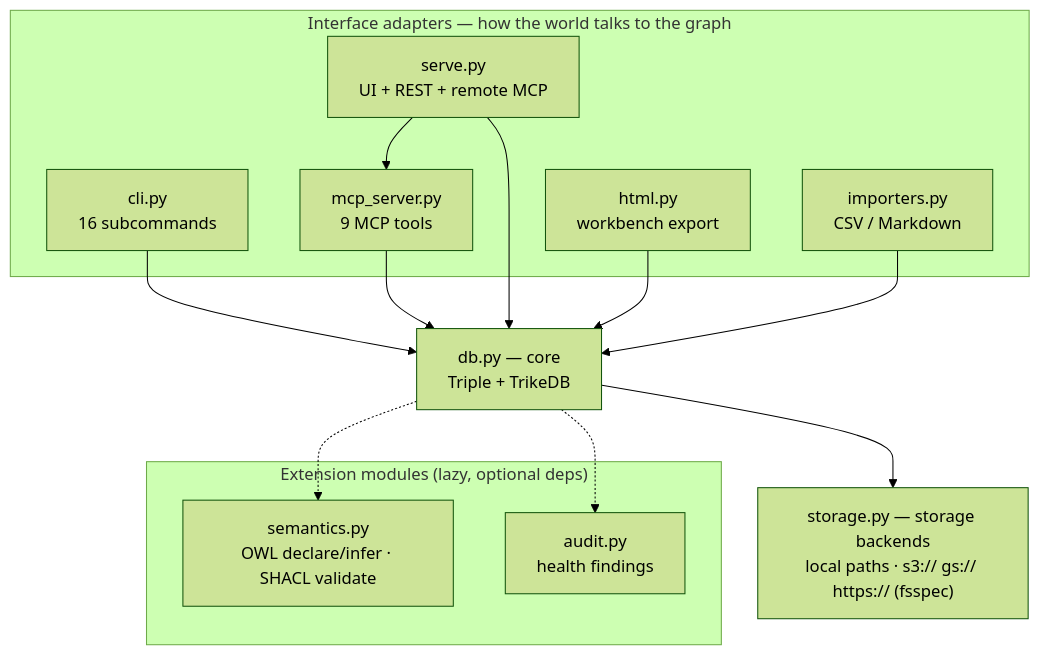
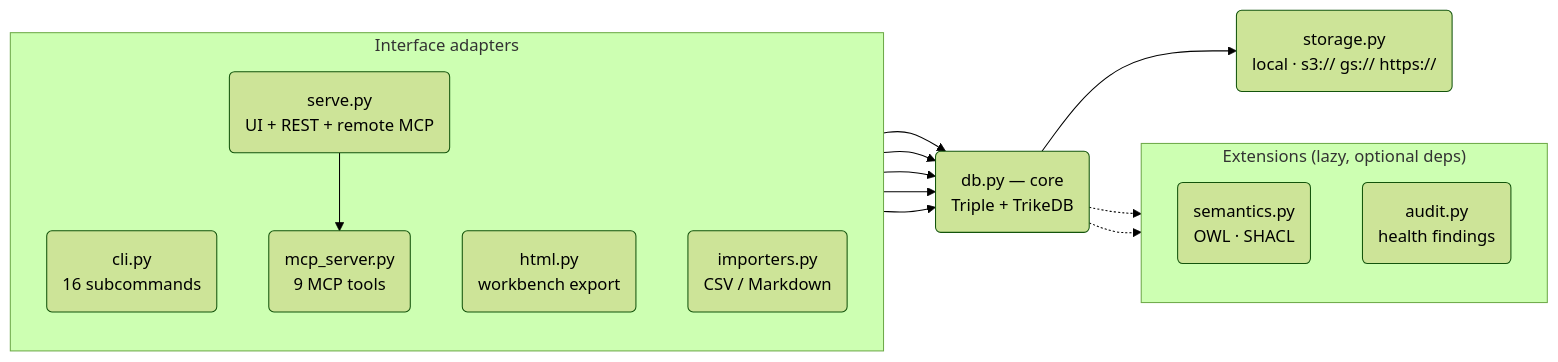
The diagram in docs/ARCHITECTURE.md (RyutoYoda/trikedb), drawn with Mermaid (forest theme) before and after one commit. The commit also changed 1 other file, not shown here.

Commit message:
docs: COA-style left-to-right diagrams with rounded nodes (Ingest -> Store -> Serve -> consumers)

````diff
--- a/docs/ARCHITECTURE.md
+++ b/docs/ARCHITECTURE.md
@@ -6,29 +6,31 @@
 ```mermaid
-graph TD
-    subgraph adapters["Interface adapters — how the world talks to the graph"]
-        CLI["cli.py<br/>16 subcommands"]
-        MCP["mcp_server.py<br/>9 MCP tools"]
-        SERVE["serve.py<br/>UI + REST + remote MCP"]
-        HTML["html.py<br/>workbench export"]
-        IMP["importers.py<br/>CSV / Markdown"]
+flowchart LR
+    subgraph adapters["Interface adapters"]
+        direction TB
+        CLI("cli.py<br/>16 subcommands")
+        MCP("mcp_server.py<br/>9 MCP tools")
+        SERVE("serve.py<br/>UI + REST + remote MCP")
+        HTML("html.py<br/>workbench export")
+        IMP("importers.py<br/>CSV / Markdown")
     end
 
-    CORE["db.py — core<br/>Triple + TrikeDB"]
+    CORE("db.py — core<br/>Triple + TrikeDB")
 
-    subgraph ext["Extension modules (lazy, optional deps)"]
-        SEM["semantics.py<br/>OWL declare/infer · SHACL validate"]
-        AUD["audit.py<br/>health findings"]
+    subgraph ext["Extensions (lazy, optional deps)"]
+        direction TB
+        SEM("semantics.py<br/>OWL · SHACL")
+        AUD("audit.py<br/>health findings")
     end
 
-    STORE["storage.py — storage backends<br/>local paths · s3:// gs:// https:// (fsspec)"]
+    STORE("storage.py<br/>local · s3:// gs:// https://")
 
+    SERVE --> MCP
     CLI --> CORE
     MCP --> CORE
-    SERVE --> MCP
     SERVE --> CORE
     HTML --> CORE
     IMP --> CORE
     CORE --> STORE
     CORE -.-> SEM
     CORE -.-> AUD
 ```
````
